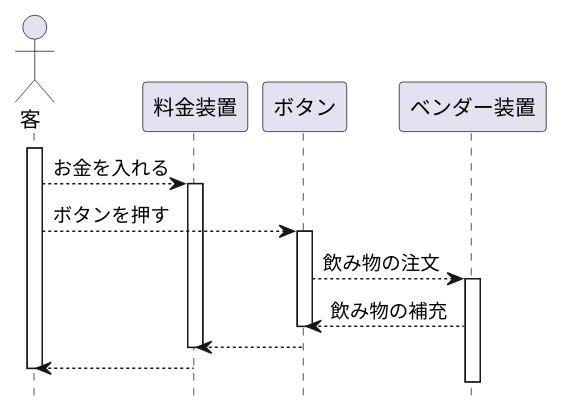
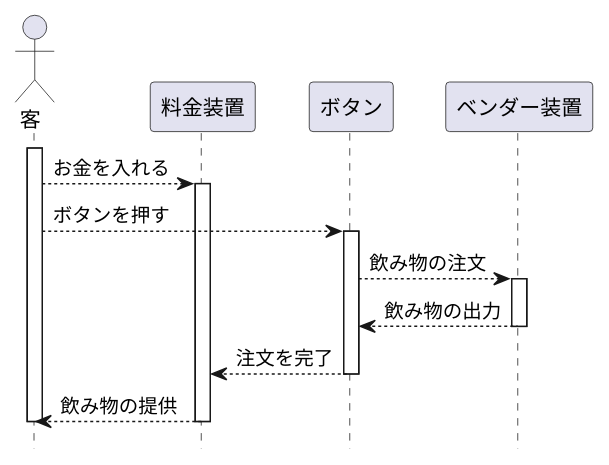
The diagram in 演習6-4-3_シーケンス図_自動販売機.pu (kuboi0627/unl-introduction), drawn with PlantUML before and after one commit.

Commit message:
演習６－４

```diff
--- a/演習6-4-3_シーケンス図_自動販売機.pu
+++ b/演習6-4-3_シーケンス図_自動販売機.pu
@@ -1,27 +1,29 @@
 @startuml 自動販売機
 hide footbox
 actor 客
 participant 料金装置
 participant ボタン
 participant ベンダー装置
 
 activate 客
 
 客 --> 料金装置 :お金を入れる
 activate 料金装置
 
 客 --> ボタン : ボタンを押す
 activate ボタン
 
 ボタン --> ベンダー装置 : 飲み物の注文
 activate ベンダー装置
 
-ベンダー装置 --> ボタン : 飲み物の補充
+ベンダー装置 --> ボタン : 飲み物の出力
+deactivate ベンダー装置
+
+ボタン --> 料金装置 : 注文を完了
 deactivate ボタン
 
-ボタン --> 料金装置 : 
+
+料金装置 --> 客 : 飲み物の提供
 deactivate 料金装置
-
-料金装置 --> 客 :
 deactivate 客
 @enduml
```
